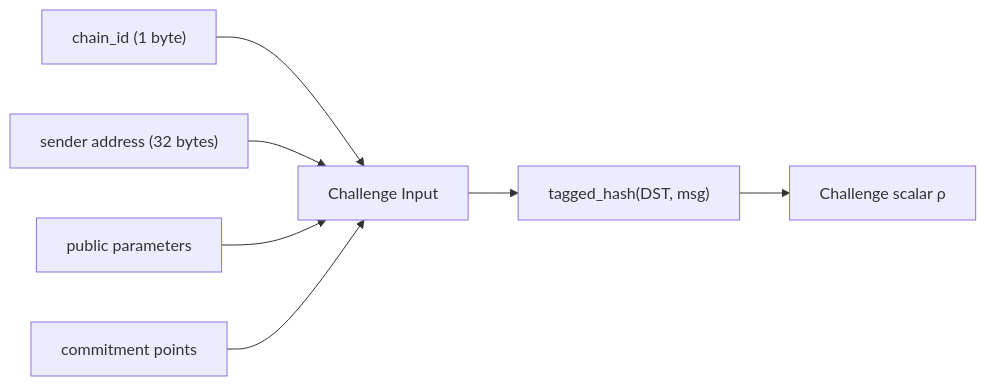
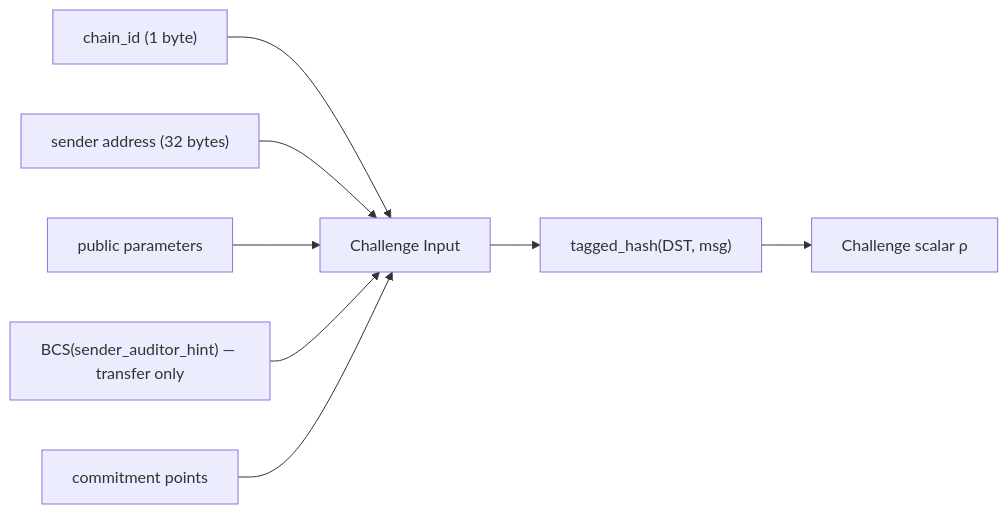
Diagram 12 of 15 in aptos-move/framework/aptos-experimental/whitepaper.md (movement-network/aptos-core), drawn with Mermaid before and after one commit. The commit also changed other lines of this file and 10 other files, not shown here.

Commit message:
add ek_volun_auds and auditor_hint to Transferred event

````diff
--- a/aptos-move/framework/aptos-experimental/whitepaper.md
+++ b/aptos-move/framework/aptos-experimental/whitepaper.md
@@ -427,9 +456,10 @@
 ```mermaid
 flowchart LR
     CID["chain_id (1 byte)"] --> MSG
     SENDER["sender address (32 bytes)"] --> MSG
     PARAMS["public parameters"] --> MSG
+    HINT["BCS(sender_auditor_hint) — transfer only"] --> MSG
     COMMITS["commitment points"] --> MSG
     MSG["Challenge Input"] --> TH["tagged_hash(DST, msg)"]
     TH --> RHO["Challenge scalar ρ"]
 ```
````
